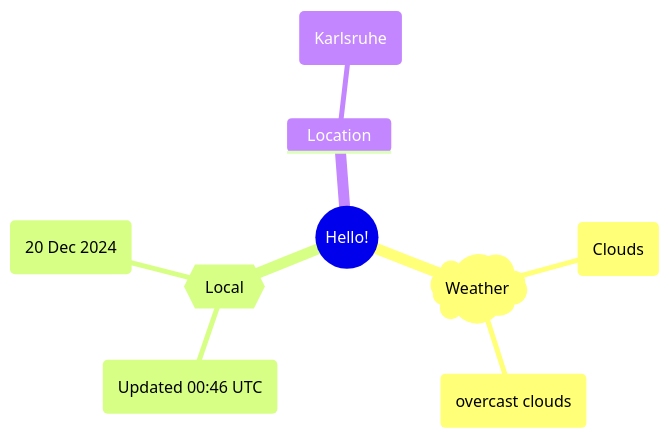
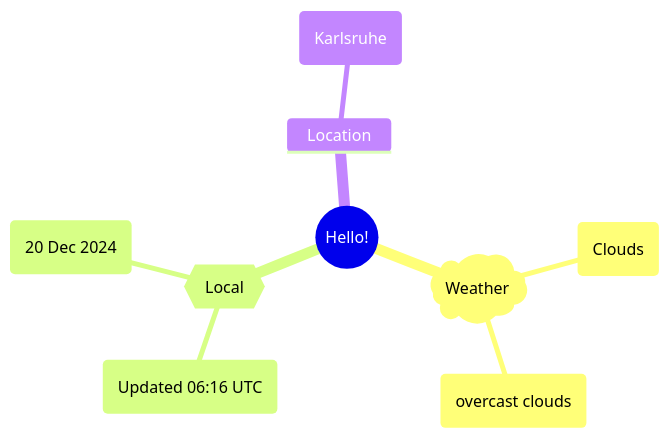
Before and after one commit to Xosrov/Xosrov: the first of 2 diagrams in README.md, drawn with Mermaid.

Commit message:
[bot] updated images

````diff
--- a/README.md
+++ b/README.md
@@ -3,12 +3,12 @@
 ```mermaid
 mindmap
   root((Hello!))
     )Weather(
         (Clouds)
         (overcast clouds)
     {{Local}}
-        (Updated 00:46 UTC)
+        (Updated 06:16 UTC)
         (20 Dec 2024)
     Location
         (Karlsruhe)
 ```
````
